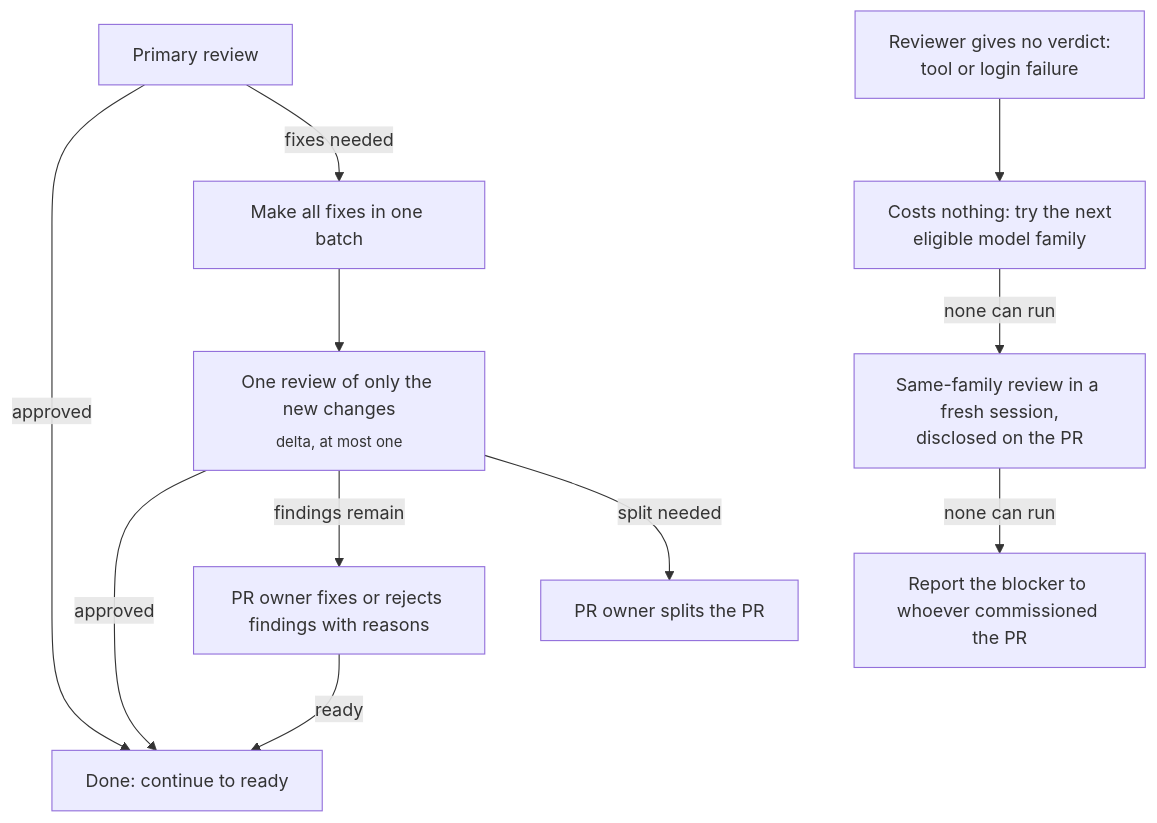
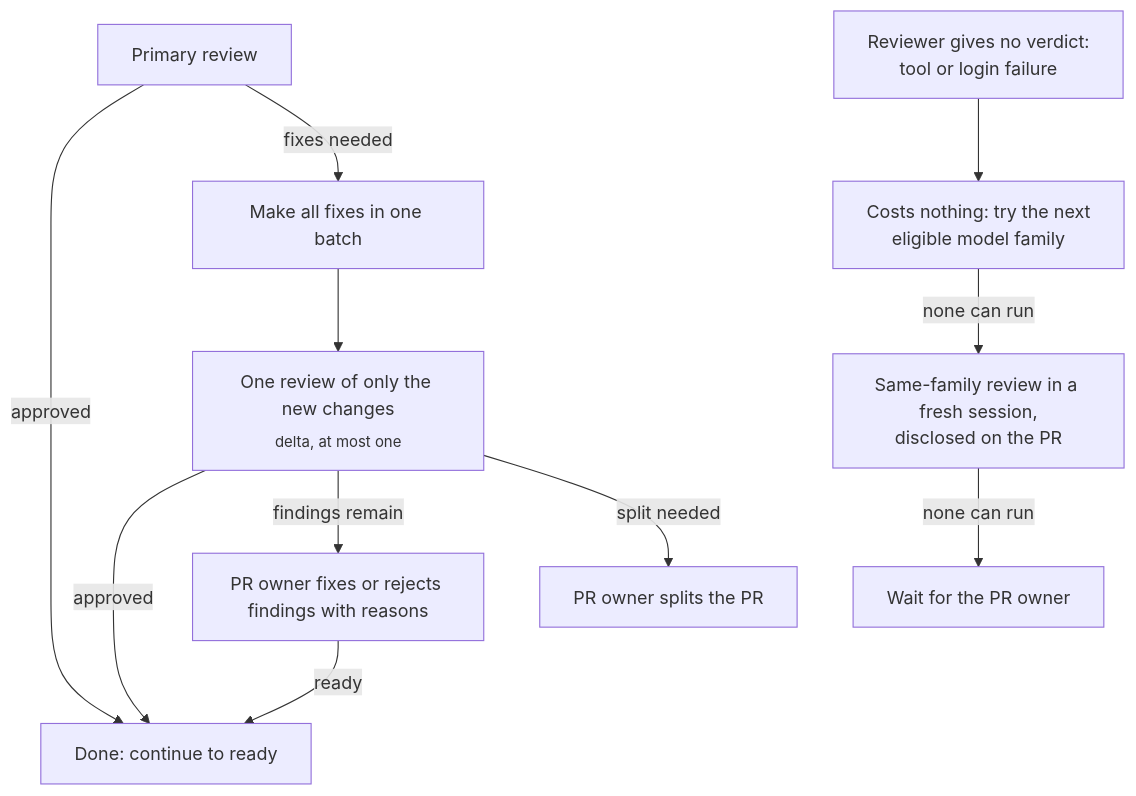
One commit to feder-positronics/loop-zero changed the second of 3 diagrams in docs/WORKFLOW.md. Above: the diagram before and after it, drawn with Mermaid. The commit also changed 1 other file, not shown here.

Commit message:
Name the settings fingerprint and the PR owner per Lean's rulings
The contract's check reuse rule now names the settings fingerprint that the
CLI computes and records in the check receipt, instead of a consumer-defined
environment fingerprint. When no configured reviewer can run, the contract
and the workflow diagram say to wait for the PR owner.

Architecture-Review: unchanged; wording of the receipt reuse and reviewer-unavailable rules only, the guide already names the settings fingerprint and exit codes

````diff
--- a/docs/WORKFLOW.md
+++ b/docs/WORKFLOW.md
@@ -36,13 +36,13 @@
 ```mermaid
 flowchart TD
     A["Primary review"] -->|approved| Z["Done: continue to ready"]
     A -->|fixes needed| B["Make all fixes in one batch"]
     B --> C["One review of only the new changes<br/><sub>delta, at most one</sub>"]
     C -->|approved| Z
     C -->|findings remain| D["PR owner fixes or rejects findings with reasons"]
     D -->|ready| Z
     C -->|split needed| E["PR owner splits the PR"]
     G["Reviewer gives no verdict:<br/>tool or login failure"] --> H["Costs nothing: try the next<br/>eligible model family"]
     H -->|none can run| J["Same-family review in a fresh session,<br/>disclosed on the PR"]
-    J -->|none can run| I["Report the blocker to whoever commissioned the PR"]
+    J -->|none can run| I["Wait for the PR owner"]
 ```
````
